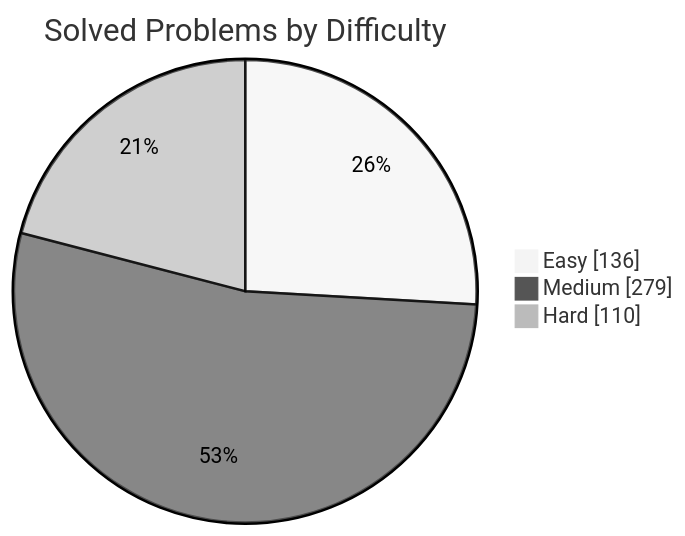
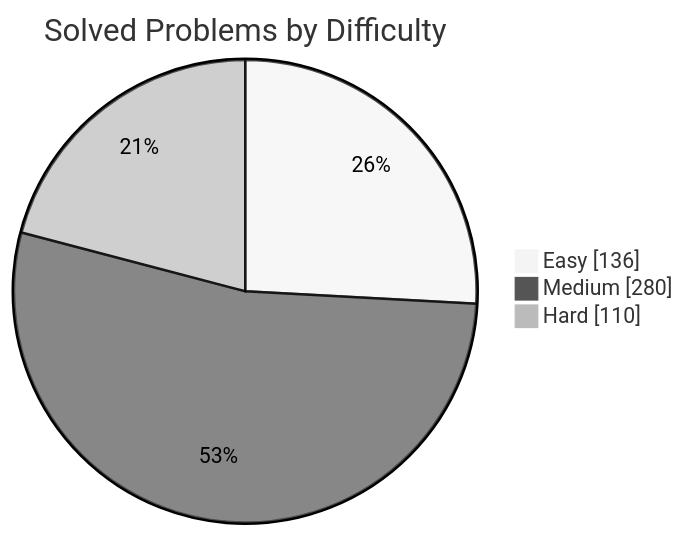
The first of 2 diagrams in README.md (manikantbindass/DSA-Preparation-FAANG), drawn with Mermaid (neutral theme) before and after one commit. The commit also changed other lines of this file and 1 other file, not shown here.

````diff
--- a/README.md
+++ b/README.md
@@ -79,7 +79,7 @@
 ```mermaid
 pie showData
     title Solved Problems by Difficulty
     "Easy" : 136
-    "Medium" : 279
+    "Medium" : 280
     "Hard" : 110
 ```
````
